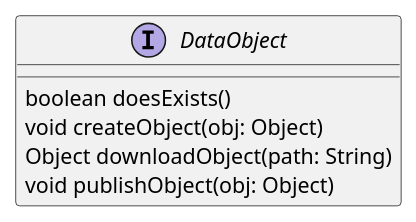
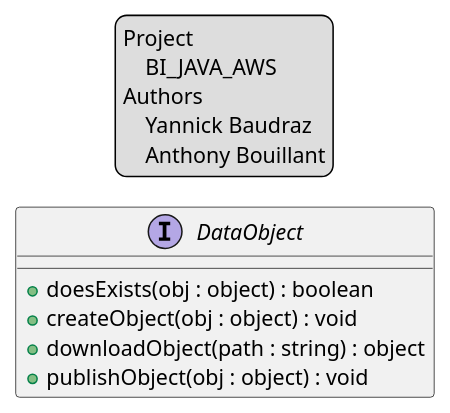
One commit to CPNV-ES-BI/BI_JAVA_AWS changed the diagram in doc/DataObject.puml. Above: the diagram before and after it, drawn with PlantUML. The commit also changed 3 other files, not shown here.

```diff
--- a/doc/DataObject.puml
+++ b/doc/DataObject.puml
@@ -1,11 +1,19 @@
 @startuml
 'https://plantuml.com/class-diagram
 
+legend top
+    Project
+        BI_JAVA_AWS
+    Authors
+        Yannick Baudraz
+        Anthony Bouillant
+endlegend
+
 interface DataObject {
-    boolean doesExists()
-    void createObject(obj: Object)
-    Object downloadObject(path: String)
-    void publishObject(obj: Object)
+    + doesExists(obj : object) : boolean
+    + createObject(obj : object) : void
+    + downloadObject(path : string) : object
+    + publishObject(obj : object) : void
 }
 
 @enduml
```
